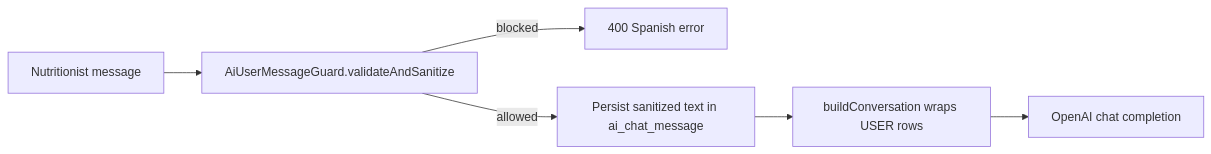
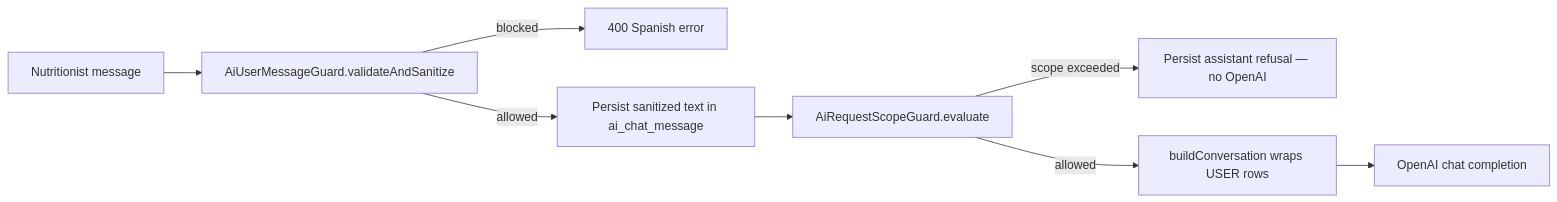
Before and after one commit to diego-torres/nutriconsultas: the diagram in docs/ai/PROMPT-SECURITY.md, drawn with Mermaid. The commit also changed other lines of this file and 8 other files, not shown here.

First line of the commit message:
Add deterministic request scope limits before AI orchestration (#447) (#456)

````diff
--- a/docs/ai/PROMPT-SECURITY.md
+++ b/docs/ai/PROMPT-SECURITY.md
@@ -24,8 +25,10 @@
 ```mermaid
 flowchart LR
   A[Nutritionist message] --> B[AiUserMessageGuard.validateAndSanitize]
   B -->|blocked| C[400 Spanish error]
   B -->|allowed| D[Persist sanitized text in ai_chat_message]
-  D --> E[buildConversation wraps USER rows]
+  D --> S[AiRequestScopeGuard.evaluate]
+  S -->|scope exceeded| R[Persist assistant refusal — no OpenAI]
+  S -->|allowed| E[buildConversation wraps USER rows]
   E --> F[OpenAI chat completion]
 ```
````
